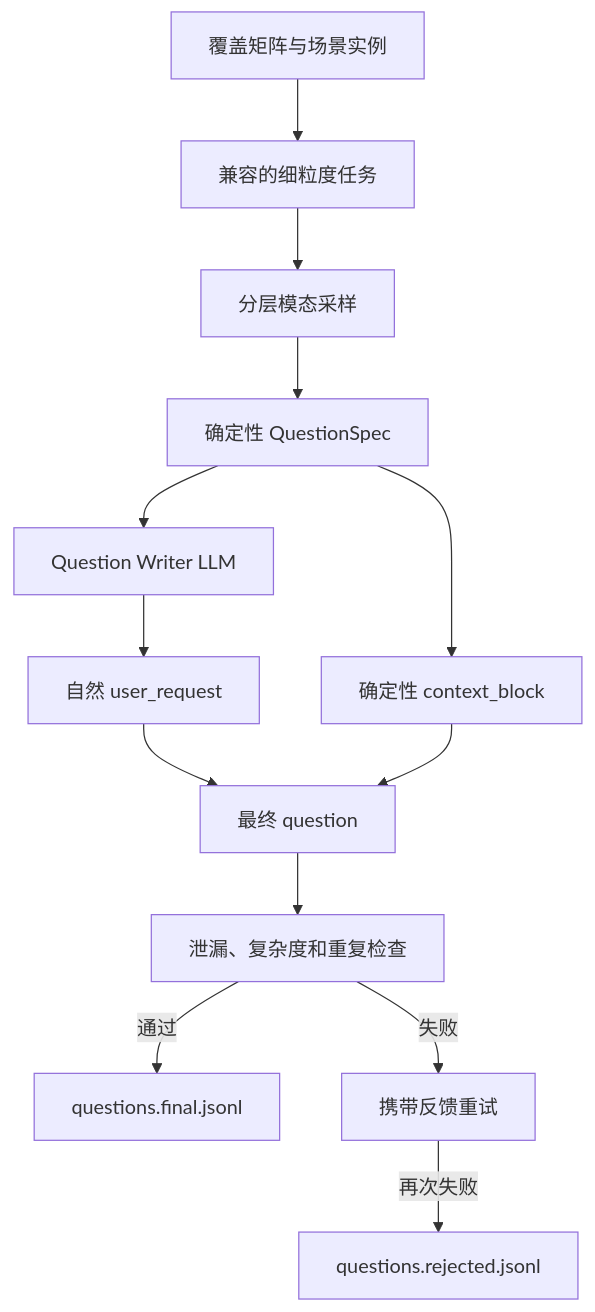
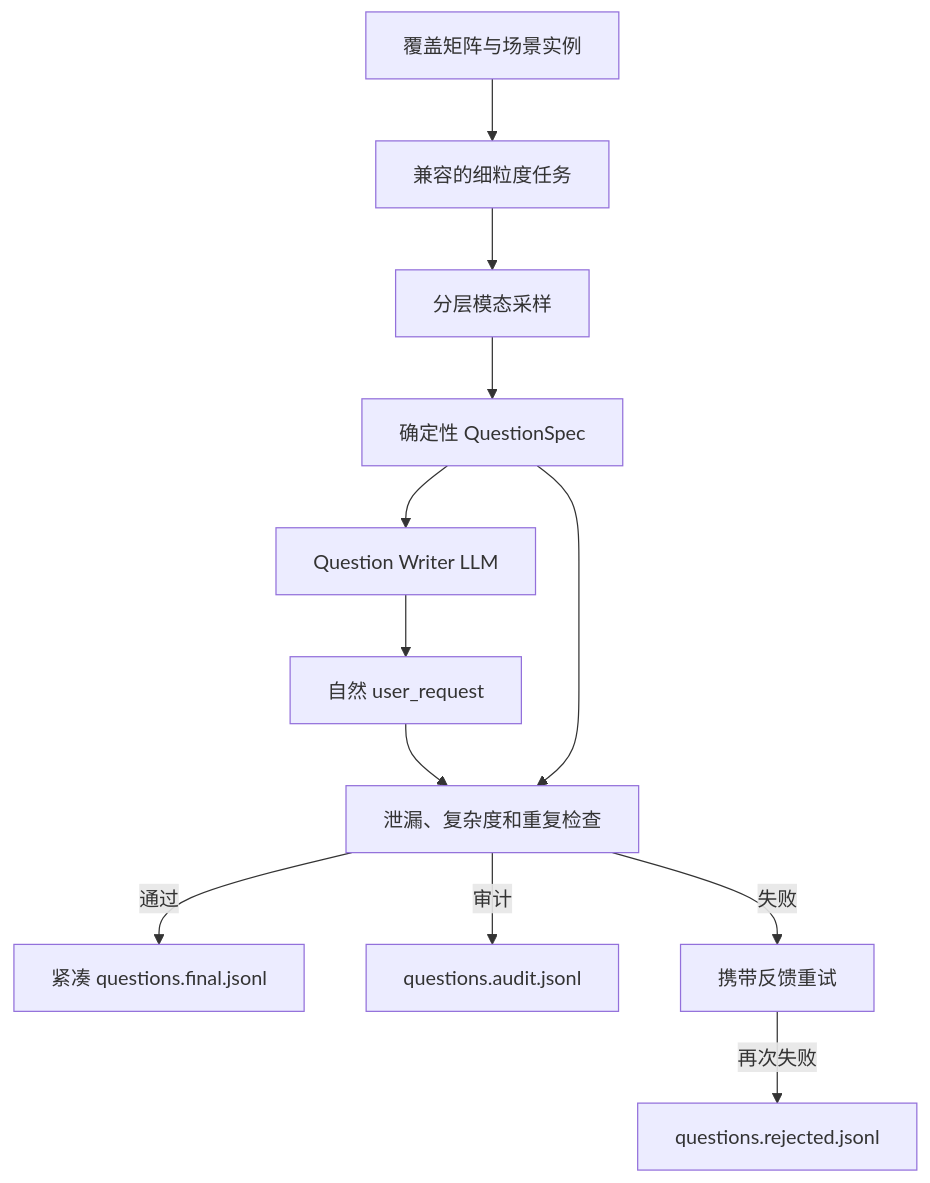
One commit to carolzheng1996-hue/sft_vlm changed the third of 3 diagrams in api_sft/QUESTION_CONSTRUCTION.md. Above: the diagram before and after it, drawn with Mermaid. The commit also changed other lines of this file and 13 other files, not shown here.

Commit message:
compact question runtime and audit protocol

````diff
--- a/api_sft/QUESTION_CONSTRUCTION.md
+++ b/api_sft/QUESTION_CONSTRUCTION.md
@@ -607,15 +607,14 @@
 ```mermaid
 flowchart TD
     A[覆盖矩阵与场景实例] --> B[兼容的细粒度任务]
     B --> C[分层模态采样]
     C --> D[确定性 QuestionSpec]
     D --> E[Question Writer LLM]
     E --> F[自然 user_request]
-    D --> G[确定性 context_block]
-    F --> H[最终 question]
-    G --> H
-    H --> I[泄漏、复杂度和重复检查]
-    I -->|通过| J[questions.final.jsonl]
+    F --> I[泄漏、复杂度和重复检查]
+    D --> I
+    I -->|通过| J[紧凑 questions.final.jsonl]
+    I -->|审计| M[questions.audit.jsonl]
     I -->|失败| K[携带反馈重试]
     K -->|再次失败| L[questions.rejected.jsonl]
 ```
````
